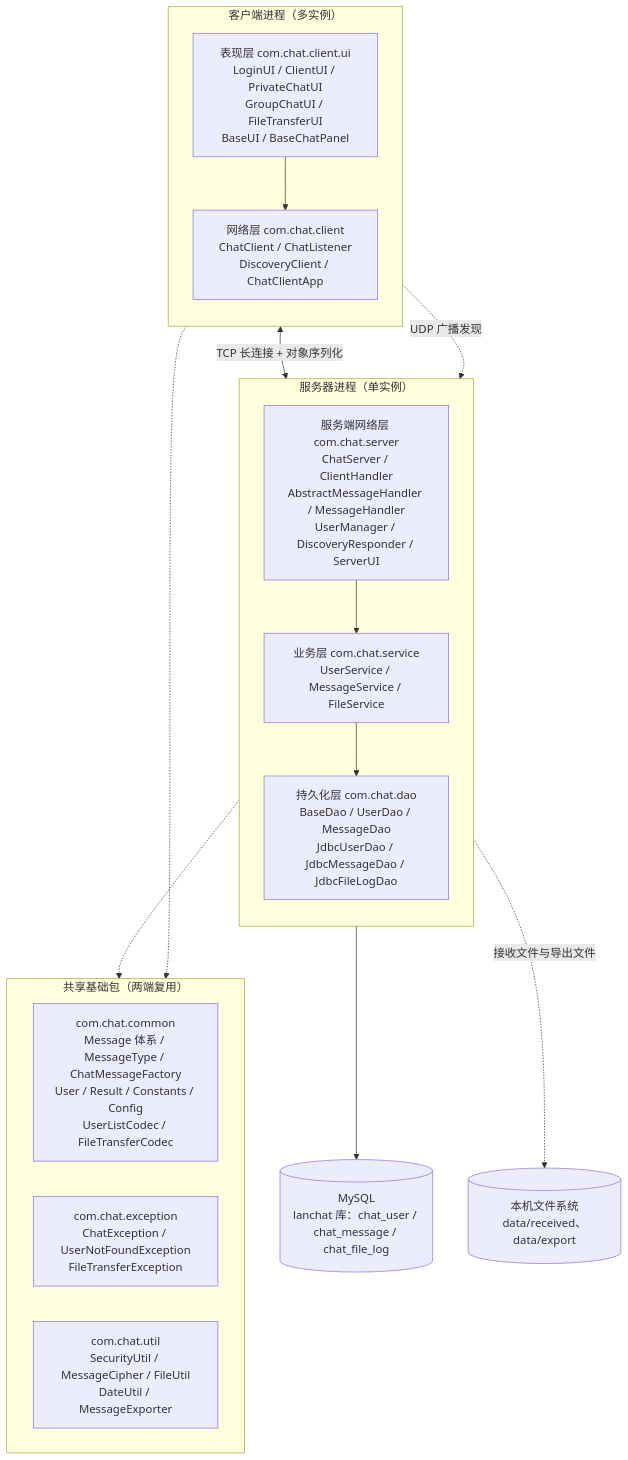
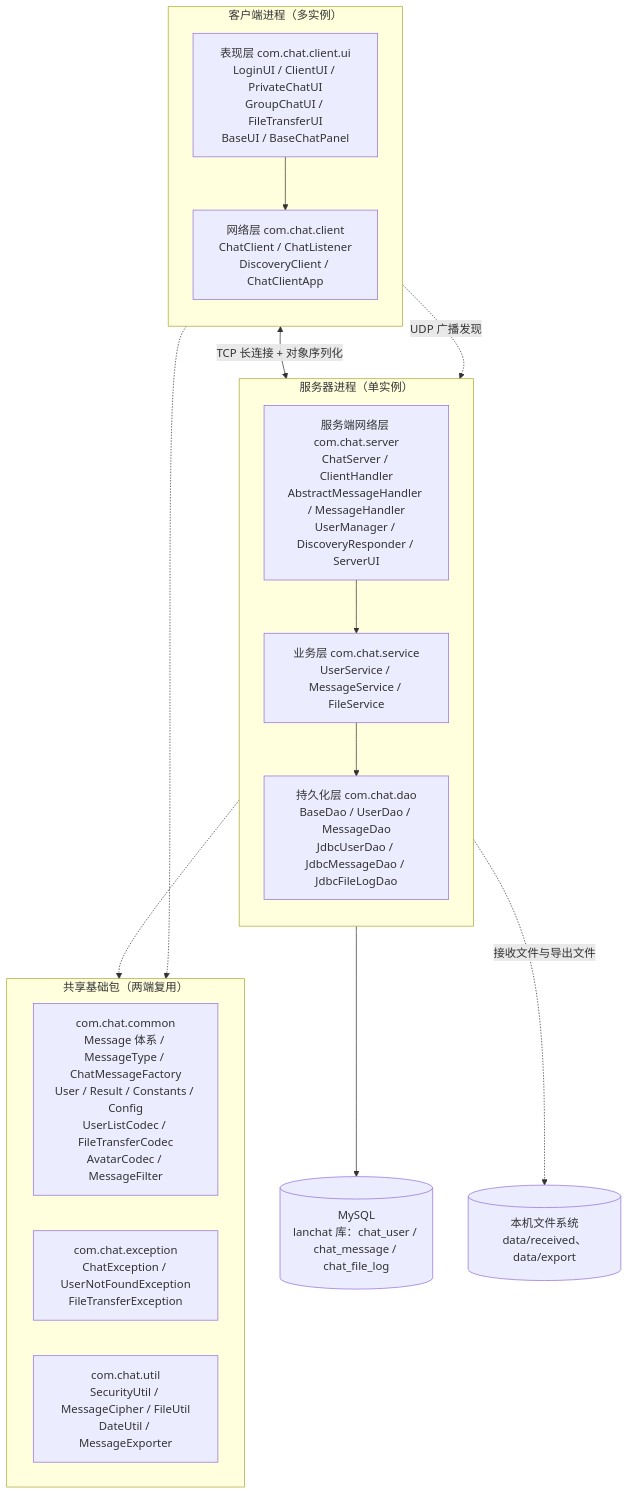
One commit to FeiTwnd/lanchat changed the first of 9 diagrams in docs/design/02-系统设计.md. Above: the diagram before and after it, drawn with Mermaid. The commit also changed other lines of this file and 17 other files, not shown here.

````diff
--- a/docs/design/02-系统设计.md
+++ b/docs/design/02-系统设计.md
@@ -45,32 +45,32 @@
 ```mermaid
 flowchart TB
     subgraph CLIENT["客户端进程（多实例）"]
         direction TB
         UI["表现层 com.chat.client.ui<br/>LoginUI / ClientUI / PrivateChatUI<br/>GroupChatUI / FileTransferUI<br/>BaseUI / BaseChatPanel"]
         NET["网络层 com.chat.client<br/>ChatClient / ChatListener<br/>DiscoveryClient / ChatClientApp"]
         UI --> NET
     end
 
     subgraph SERVER["服务器进程（单实例）"]
         direction TB
         SRV["服务端网络层 com.chat.server<br/>ChatServer / ClientHandler<br/>AbstractMessageHandler / MessageHandler<br/>UserManager / DiscoveryResponder / ServerUI"]
         SVC["业务层 com.chat.service<br/>UserService / MessageService / FileService"]
         DAO["持久化层 com.chat.dao<br/>BaseDao / UserDao / MessageDao<br/>JdbcUserDao / JdbcMessageDao / JdbcFileLogDao"]
         SRV --> SVC
         SVC --> DAO
     end
 
     subgraph SHARED["共享基础包（两端复用）"]
         direction LR
-        COMMON["com.chat.common<br/>Message 体系 / MessageType / ChatMessageFactory<br/>User / Result / Constants / Config<br/>UserListCodec / FileTransferCodec"]
+        COMMON["com.chat.common<br/>Message 体系 / MessageType / ChatMessageFactory<br/>User / Result / Constants / Config<br/>UserListCodec / FileTransferCodec<br/>AvatarCodec / MessageFilter"]
         EXC["com.chat.exception<br/>ChatException / UserNotFoundException<br/>FileTransferException"]
         UTIL["com.chat.util<br/>SecurityUtil / MessageCipher / FileUtil<br/>DateUtil / MessageExporter"]
     end
 
     NET <-->|"TCP 长连接 + 对象序列化"| SRV
     NET -.->|"UDP 广播发现"| SRV
     CLIENT -.-> SHARED
     SERVER -.-> SHARED
     DAO --> DB[("MySQL<br/>lanchat 库：chat_user / chat_message / chat_file_log")]
     SVC -.->|"接收文件与导出文件"| FS[("本机文件系统<br/>data/received、data/export")]
 ```
````
